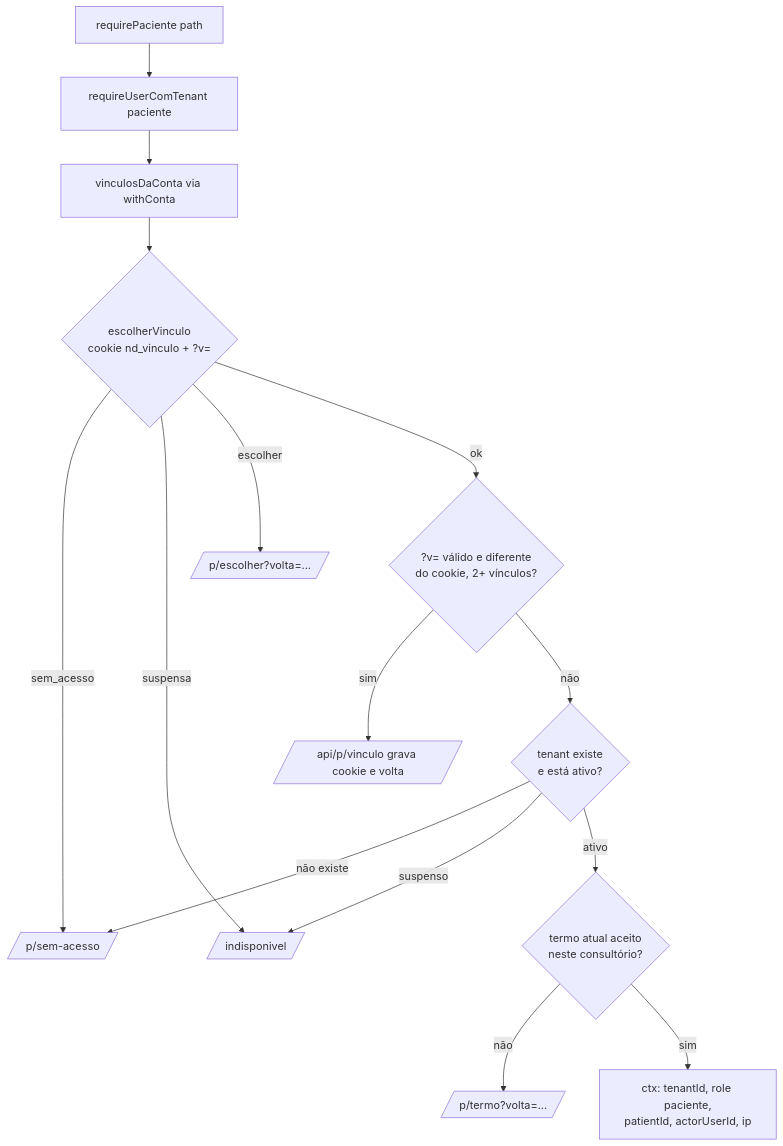
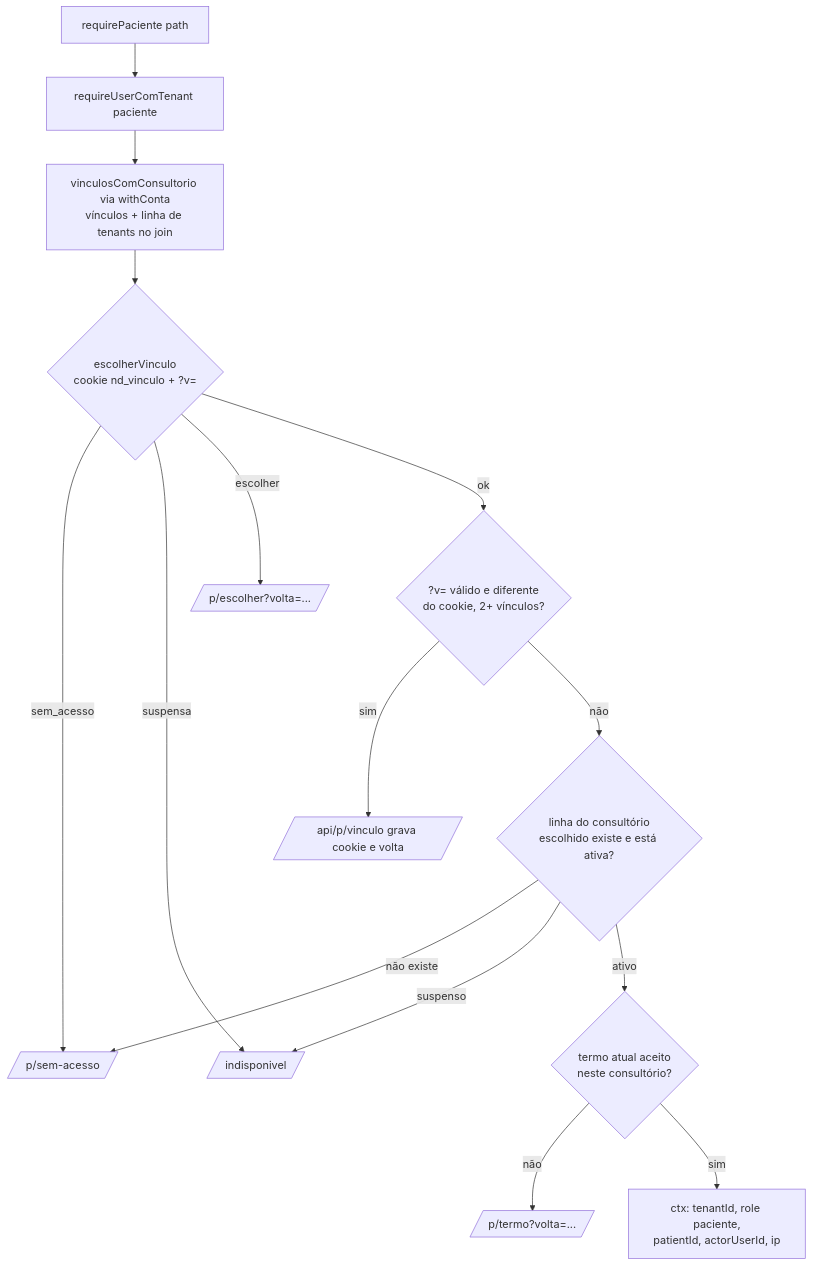
Before and after one commit to fabianojp06/nutridebby: the second of 5 diagrams in docs/manual-tecnico/03-autenticacao-e-acesso.md, drawn with Mermaid. The commit also changed other lines of this file and 8 other files, not shown here.

````diff
--- a/docs/manual-tecnico/03-autenticacao-e-acesso.md
+++ b/docs/manual-tecnico/03-autenticacao-e-acesso.md
@@ -376,17 +378,17 @@
 ```mermaid
 flowchart TD
   A[requirePaciente path] --> B[requireUserComTenant paciente]
-  B --> C[vinculosDaConta via withConta]
+  B --> C[vinculosComConsultorio via withConta<br/>vínculos + linha de tenants no join]
   C --> D{escolherVinculo<br/>cookie nd_vinculo + ?v=}
   D -->|sem_acesso| X1[/p/sem-acesso/]
   D -->|suspensa| X2[/indisponivel/]
   D -->|escolher| X3[/p/escolher?volta=.../]
   D -->|ok| E{?v= válido e diferente<br/>do cookie, 2+ vínculos?}
   E -->|sim| X4[/api/p/vinculo grava cookie e volta/]
-  E -->|não| F{tenant existe<br/>e está ativo?}
+  E -->|não| F{linha do consultório<br/>escolhido existe e está ativa?}
   F -->|não existe| X1
   F -->|suspenso| X2
   F -->|ativo| G{termo atual aceito<br/>neste consultório?}
   G -->|não| X5[/p/termo?volta=.../]
   G -->|sim| OK[ctx: tenantId, role paciente,<br/>patientId, actorUserId, ip]
 ```
````
